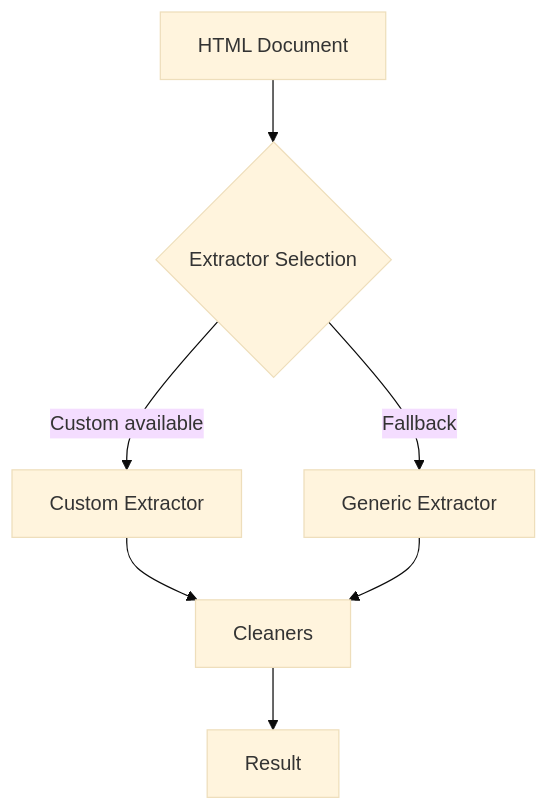
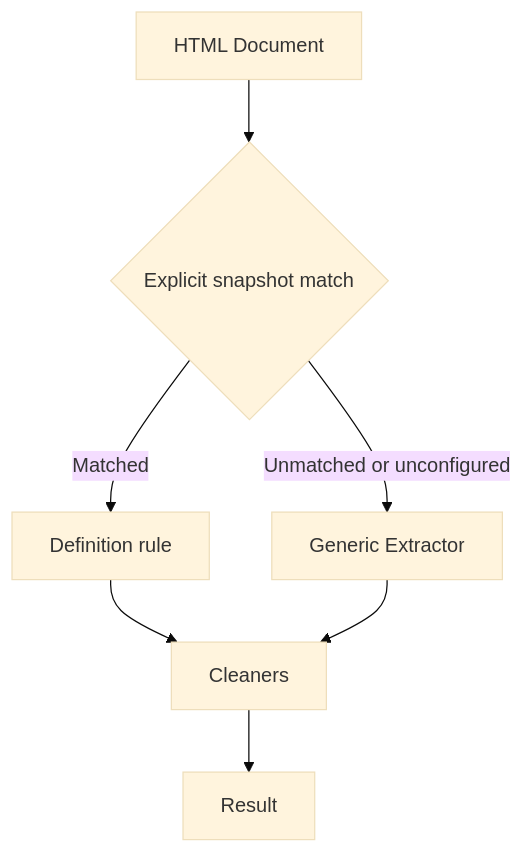
One commit to BumpyClock/hermes changed the diagram in docs/api/extractors.md. Above: the diagram before and after it, drawn with Mermaid (base theme). The commit also changed other lines of this file and 199 other files, not shown here.

````diff
--- a/docs/api/extractors.md
+++ b/docs/api/extractors.md
@@ -40,9 +43,9 @@
 ```mermaid
 flowchart TD
-    A[HTML Document] --> B{Extractor Selection}
-    B -->|Custom available| C[Custom Extractor]
-    B -->|Fallback| D[Generic Extractor]
+    A[HTML Document] --> B{Explicit snapshot match}
+    B -->|Matched| C[Definition rule]
+    B -->|Unmatched or unconfigured| D[Generic Extractor]
     C --> E[Cleaners]
     D --> E[Cleaners]
     E --> F[Result]
 ```
````
